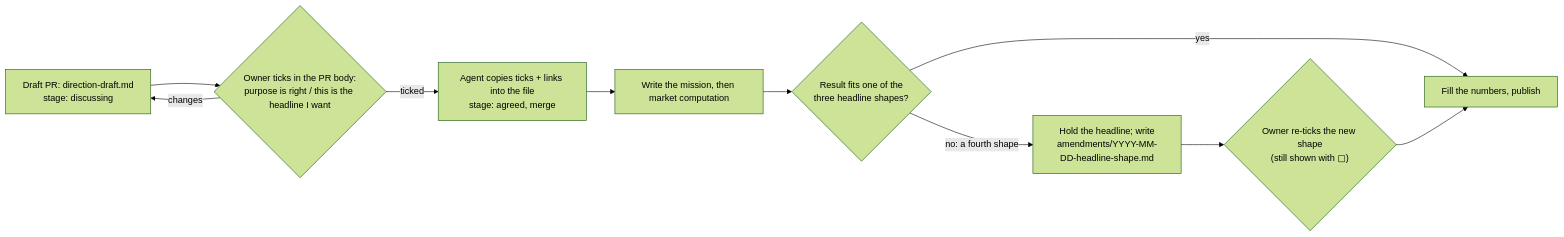
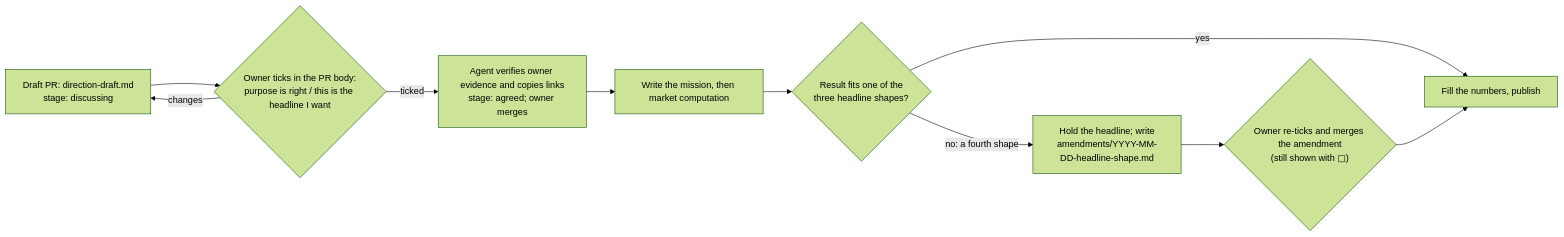
One commit to TaiwanCCyoyo/stock-research changed the diagram in docs/en/direction-drafts.md. Above: the diagram before and after it, drawn with Mermaid (forest theme). The commit also changed other lines of this file and 7 other files, not shown here.

````diff
--- a/docs/en/direction-drafts.md
+++ b/docs/en/direction-drafts.md
@@ -32,11 +35,11 @@
 ```mermaid
 flowchart LR
   A["Draft PR: direction-draft.md<br/>stage: discussing"] --> B{"Owner ticks in the PR body:<br/>purpose is right / this is the headline I want"}
   B -- changes --> A
-  B -- ticked --> C["Agent copies ticks + links into the file<br/>stage: agreed, merge"]
+  B -- ticked --> C["Agent verifies owner evidence and copies links<br/>stage: agreed; owner merges"]
   C --> D["Write the mission, then market computation"]
   D --> E{"Result fits one of the<br/>three headline shapes?"}
   E -- yes --> F["Fill the numbers, publish"]
   E -- "no: a fourth shape" --> G["Hold the headline; write<br/>amendments/YYYY-MM-DD-headline-shape.md"]
-  G --> H{"Owner re-ticks the new shape<br/>(still shown with ▢)"} --> F
+  G --> H{"Owner re-ticks and merges the amendment<br/>(still shown with ▢)"} --> F
 ```
````
